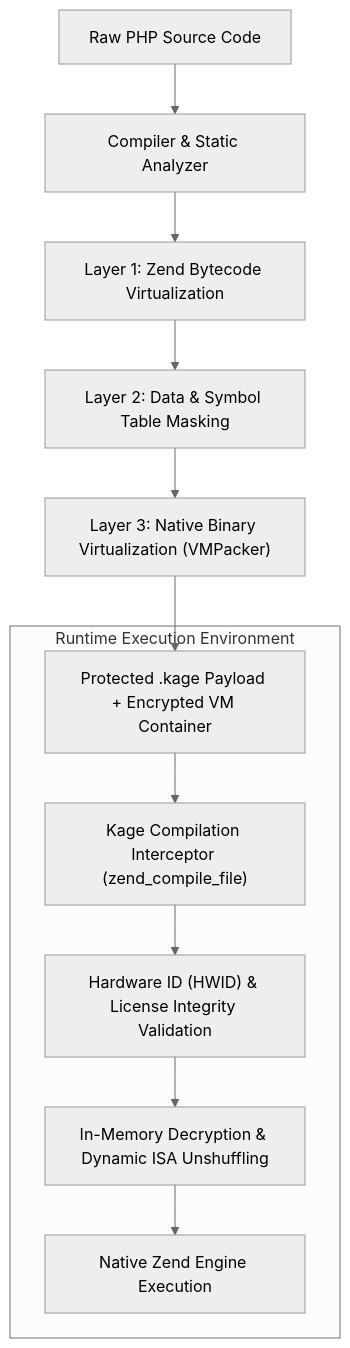
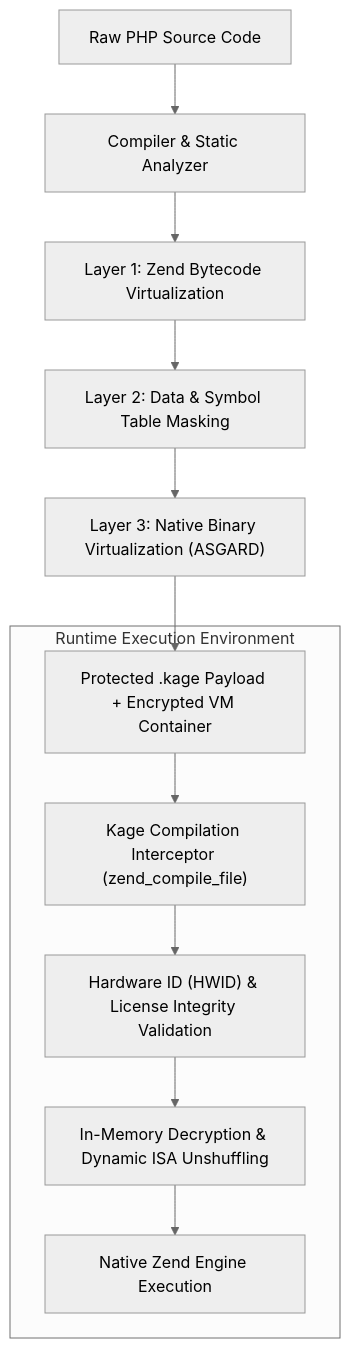
One commit to bivex/Kage changed the diagram in README.md. Above: the diagram before and after it, drawn with Mermaid (neutral theme). The commit also changed other lines of this file and 6 other files, not shown here.

Commit message:
refactor(packer): replace VMPacker with ASGARD-5877 virtualization toolchain

````diff
--- a/README.md
+++ b/README.md
@@ -24,15 +24,15 @@
 ```mermaid
 graph TD
     A["Raw PHP Source Code"] --> B["Compiler & Static Analyzer"]
     B --> C["Layer 1: Zend Bytecode Virtualization"]
     C --> D["Layer 2: Data & Symbol Table Masking"]
-    D --> E["Layer 3: Native Binary Virtualization (VMPacker)"]
+    D --> E["Layer 3: Native Binary Virtualization (ASGARD)"]
     E --> F["Protected .kage Payload + Encrypted VM Container"]
 
     subgraph Runtime Execution Environment
         F --> G["Kage Compilation Interceptor (zend_compile_file)"]
         G --> H["Hardware ID (HWID) & License Integrity Validation"]
         H --> I["In-Memory Decryption & Dynamic ISA Unshuffling"]
         I --> J["Native Zend Engine Execution"]
     end
 ```
````
